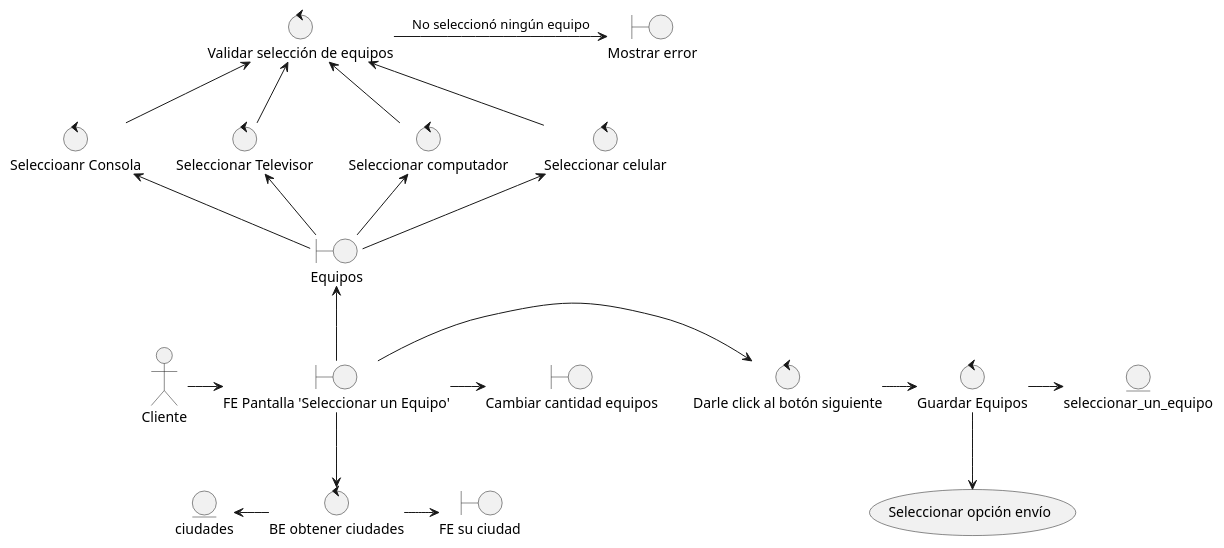
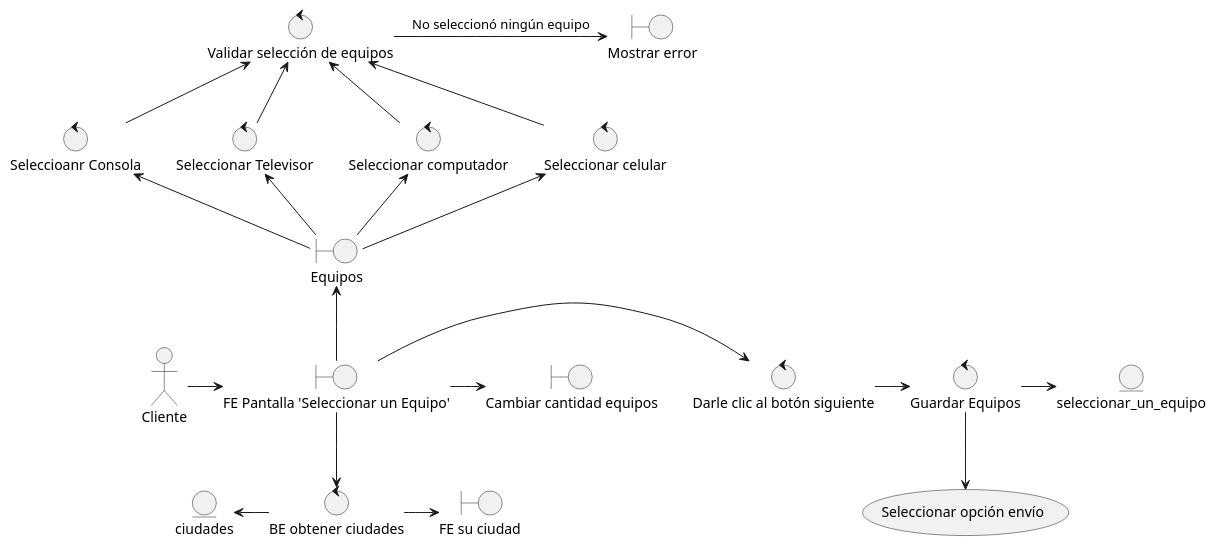
One commit to SofiGarcia09/um-2024-ds-comprodigios changed the diagram in Diagrama Robustez/seleccionar-equipos.puml. Above: the diagram before and after it, drawn with PlantUML. The commit also changed 2 other files, not shown here.

```diff
--- a/Diagrama Robustez/seleccionar-equipos.puml
+++ b/Diagrama Robustez/seleccionar-equipos.puml
@@ -1,50 +1,50 @@
 @startuml
 
 actor Cliente as cliente
 boundary "FE Pantalla 'Seleccionar un Equipo'" as fePantallaEquipos
 cliente -> fePantallaEquipos
 control "BE obtener ciudades" as seleccionDatosCiudades
 fePantallaEquipos -down-> seleccionDatosCiudades
 entity ciudades as entityCiudades
 seleccionDatosCiudades -left-> entityCiudades
 boundary "FE su ciudad " as suCiudadOrigen
 seleccionDatosCiudades -> suCiudadOrigen
 
 boundary "Equipos" as feSeleccionarEquipos
 fePantallaEquipos -up-> feSeleccionarEquipos
 control "Seleccionar celular" as celulares
 control "Seleccionar computador" as computadores
 control "Seleccionar Televisor" as televisores
 control "Seleccioanr Consola" as consolas
 feSeleccionarEquipos -up-> celulares
 feSeleccionarEquipos-up-> computadores
 feSeleccionarEquipos -up-> televisores
 feSeleccionarEquipos -up-> consolas
 
 control "Validar selección de equipos" as validarSeleccionEquipos
 celulares -up-> validarSeleccionEquipos
 computadores -up-> validarSeleccionEquipos
 televisores -up-> validarSeleccionEquipos
 consolas -up-> validarSeleccionEquipos
 
 boundary "Mostrar error" as error 
 validarSeleccionEquipos -> error: No seleccionó ningún equipo
 
-control "Darle click al botón siguiente" as botonSiguiente
+control "Darle clic al botón siguiente" as botonSiguiente
 control "Guardar Equipos" as guardarDatosDeEquipos
 
 fePantallaEquipos -right-> botonSiguiente
 botonSiguiente -> guardarDatosDeEquipos
 
 
 boundary "Cambiar cantidad equipos" as feCantidadEquipos
 fePantallaEquipos -right-> feCantidadEquipos
 
 usecase "Seleccionar opción envío" as sleccionarEnvio
 guardarDatosDeEquipos -down-> sleccionarEnvio
 
 entity seleccionar_un_equipo as entityEquipos
 guardarDatosDeEquipos -> entityEquipos
 
 
 @enduml
```
